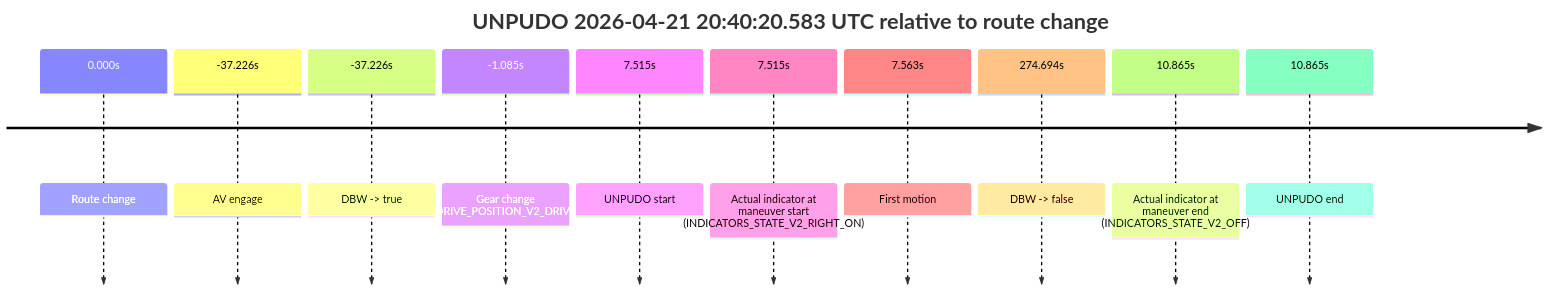
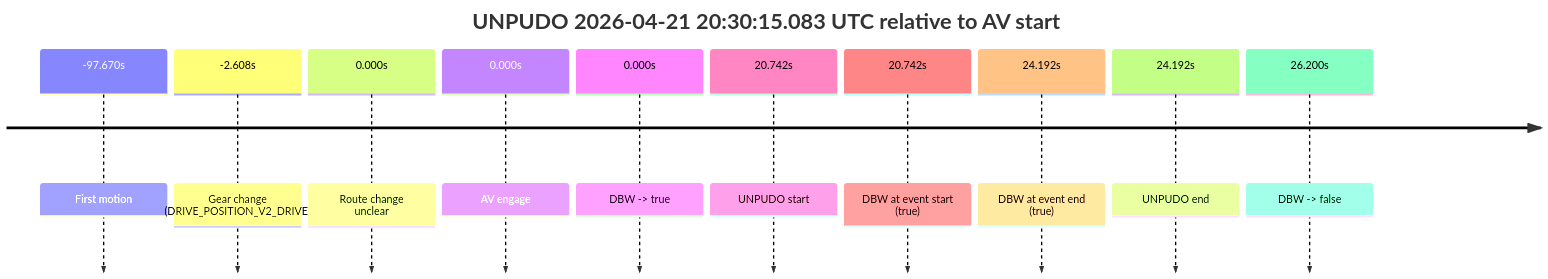
The first of 4 diagrams in model_analysis/report_cards/2026/04/Week-4/fme20038--2026-04-21--20-19-17--gen2-av-88adeb84-7a68-4715-8787-659129aef260.md (yoelshapiro/vault), drawn with Mermaid before and after one commit. The commit also changed other lines of this file and 2 other files, not shown here.

````diff
--- a/model_analysis/report_cards/2026/04/Week-4/fme20038--2026-04-21--20-19-17--gen2-av-88adeb84-7a68-4715-8787-659129aef260.md
+++ b/model_analysis/report_cards/2026/04/Week-4/fme20038--2026-04-21--20-19-17--gen2-av-88adeb84-7a68-4715-8787-659129aef260.md
@@ -43,14 +43,14 @@
 ```mermaid
 timeline
-    title UNPUDO 2026-04-21 20:40:20.583 UTC relative to route change
-    0.000s : Route change
-    -37.226s : AV engage
-    -37.226s : DBW -> true
-    -1.085s : Gear change (DRIVE_POSITION_V2_DRIVE)
-    7.515s : UNPUDO start
-    7.515s : Actual indicator at maneuver start (INDICATORS_STATE_V2_RIGHT_ON)
-    7.563s : First motion
-    274.694s : DBW -> false
-    10.865s : Actual indicator at maneuver end (INDICATORS_STATE_V2_OFF)
-    10.865s : UNPUDO end
+    title UNPUDO 2026-04-21 20:30:15.083 UTC relative to AV start
+    -97.670s : First motion
+    -2.608s : Gear change (DRIVE_POSITION_V2_DRIVE)
+    0.000s : Route change unclear
+    0.000s : AV engage
+    0.000s : DBW -> true
+    20.742s : UNPUDO start
+    20.742s : DBW at event start (true)
+    24.192s : DBW at event end (true)
+    24.192s : UNPUDO end
+    26.200s : DBW -> false
 ```
````
